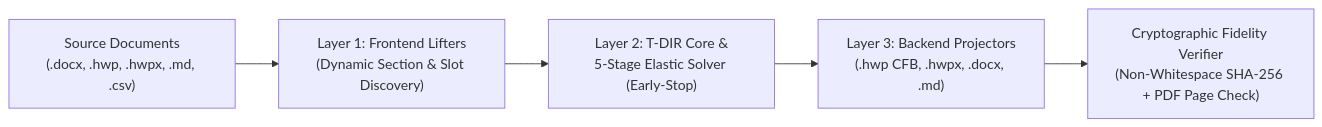
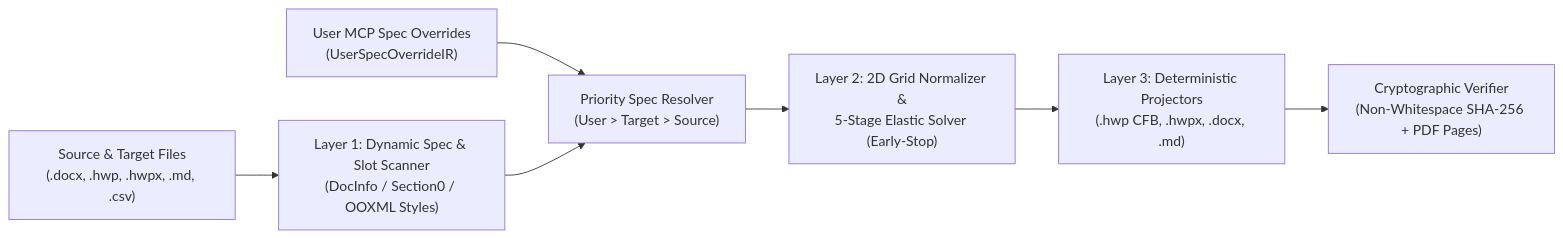
Before and after one commit to Team-Sequence-Thaumaturge/-document-IR: the diagram in README.md, drawn with Mermaid. The commit also changed other lines of this file and 8 other files, not shown here.

Commit message:
Refactor T-DIR v3.0-beta: eliminate hardcoded constants, add UserSpecOverrideIR priority schema, and update READMEs with UTC patch stamps

````diff
--- a/README.md
+++ b/README.md
@@ -29,7 +31,9 @@
 ```mermaid
 flowchart LR
-    A["Source Documents<br/>(.docx, .hwp, .hwpx, .md, .csv)"] --> B["Layer 1: Frontend Lifters<br/>(Dynamic Section & Slot Discovery)"]
-    B --> C["Layer 2: T-DIR Core &<br/>5-Stage Elastic Solver (Early-Stop)"]
-    C --> D["Layer 3: Backend Projectors<br/>(.hwp CFB, .hwpx, .docx, .md)"]
-    D --> E["Cryptographic Fidelity Verifier<br/>(Non-Whitespace SHA-256 + PDF Page Check)"]
+    A["Source & Target Files<br/>(.docx, .hwp, .hwpx, .md, .csv)"] --> B["Layer 1: Dynamic Spec & Slot Scanner<br/>(DocInfo / Section0 / OOXML Styles)"]
+    U["User MCP Spec Overrides<br/>(UserSpecOverrideIR)"] --> C["Priority Spec Resolver<br/>(User > Target > Source)"]
+    B --> C
+    C --> D["Layer 2: 2D Grid Normalizer &<br/>5-Stage Elastic Solver (Early-Stop)"]
+    D --> E["Layer 3: Deterministic Projectors<br/>(.hwp CFB, .hwpx, .docx, .md)"]
+    E --> F["Cryptographic Verifier<br/>(Non-Whitespace SHA-256 + PDF Pages)"]
 ```
````
